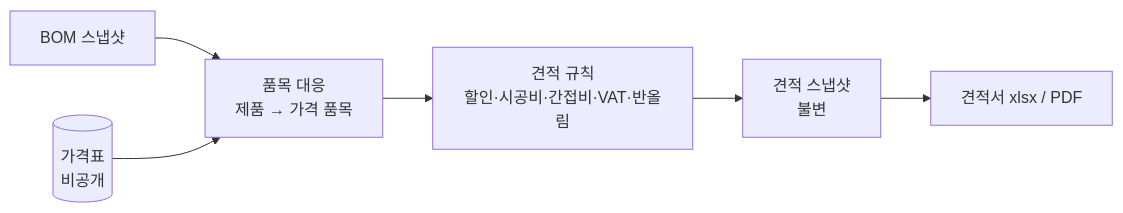
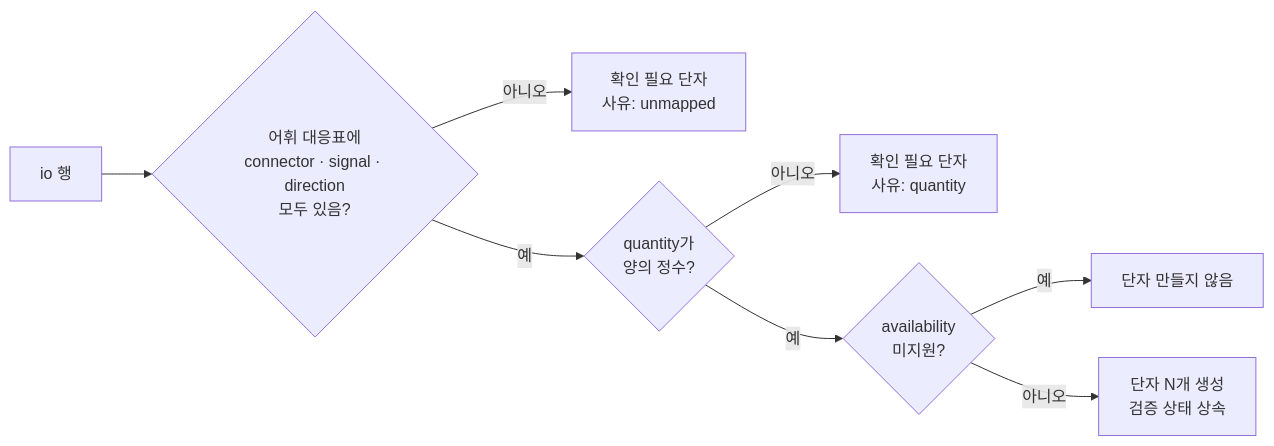
The second of 2 diagrams in Work/기획/시스템빌더통합기획-2026-10-06.md (Seoulav/AV-Portal), drawn with Mermaid before and after one commit. The commit also changed other lines of this file and 2 other files, not shown here.

````diff
--- a/Work/기획/시스템빌더통합기획-2026-10-06.md
+++ b/Work/기획/시스템빌더통합기획-2026-10-06.md
@@ -335,8 +165,10 @@
 ```mermaid
 flowchart LR
-  BOM[BOM 스냅샷] --> MAP[품목 대응<br/>제품 → 가격 품목]
-  PB[(가격표<br/>비공개)] --> MAP
-  MAP --> RULE[견적 규칙<br/>할인·시공비·간접비·VAT·반올림]
-  RULE --> QS[견적 스냅샷<br/>불변]
-  QS --> OUT[견적서 xlsx / PDF]
+  R[io 행] --> V{어휘 대응표에<br/>connector · signal · direction<br/>모두 있음?}
+  V -- 아니오 --> U[확인 필요 단자<br/>사유: unmapped]
+  V -- 예 --> Q{quantity가<br/>양의 정수?}
+  Q -- 아니오 --> U2[확인 필요 단자<br/>사유: quantity]
+  Q -- 예 --> A{availability<br/>미지원?}
+  A -- 예 --> X[단자 만들지 않음]
+  A -- 아니오 --> P[단자 N개 생성<br/>검증 상태 상속]
 ```
````
